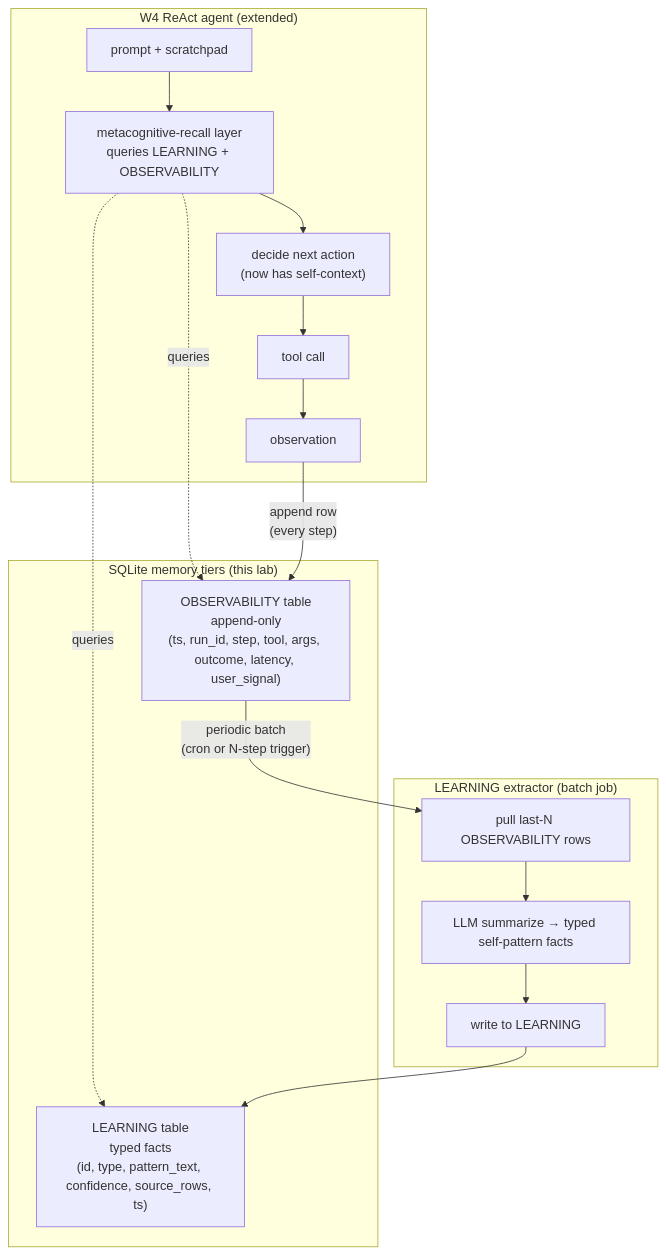
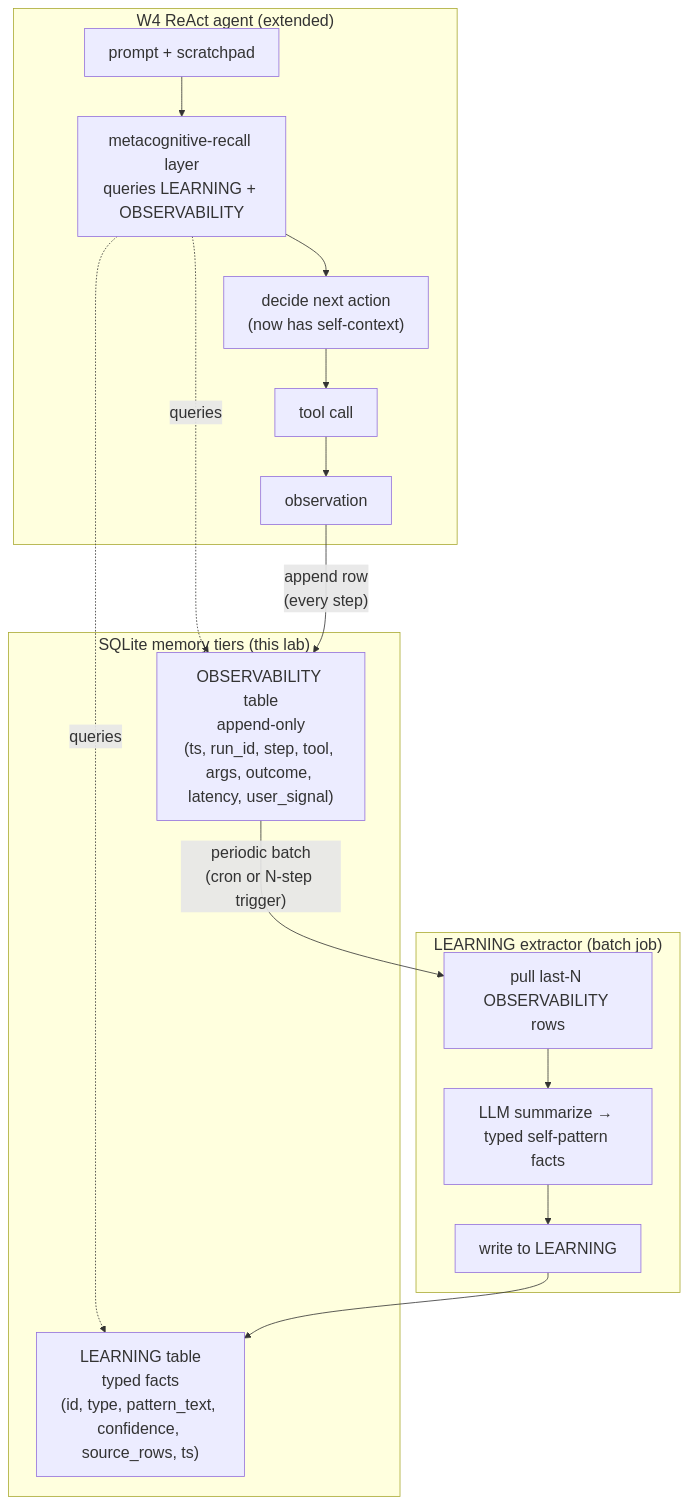
The first of 8 diagrams in Week 3.5.95 - Self-Observability Memory.md (shaneliuyx/agent-development-curriculum), drawn with Mermaid before and after one commit. The commit also changed other lines of this file and 1 other file, not shown here.

````diff
--- a/Week 3.5.95 - Self-Observability Memory.md
+++ b/Week 3.5.95 - Self-Observability Memory.md
@@ -69,34 +70,35 @@
 ```mermaid
+%%{init: {'theme':'default', 'themeVariables': {'fontSize':'20px'}}}%%
 flowchart TB
   subgraph A["W4 ReAct agent (extended)"]
     P["prompt + scratchpad"]
     R["metacognitive-recall layer<br/>queries LEARNING + OBSERVABILITY"]
     D["decide next action<br/>(now has self-context)"]
     T["tool call"]
     O["observation"]
   end
 
   subgraph S["SQLite memory tiers (this lab)"]
     OB["OBSERVABILITY table<br/>append-only<br/>(ts, run_id, step, tool, args, outcome, latency, user_signal)"]
     LE["LEARNING table<br/>typed facts<br/>(id, type, pattern_text, confidence, source_rows, ts)"]
   end
 
   subgraph X["LEARNING extractor (batch job)"]
     B["pull last-N OBSERVABILITY rows"]
     M["LLM summarize → typed self-pattern facts"]
     F["write to LEARNING"]
   end
 
   P --> R
   R -.queries.-> LE
   R -.queries.-> OB
   R --> D
   D --> T
   T --> O
   O -->|"append row<br/>(every step)"| OB
 
   OB -->|"periodic batch<br/>(cron or N-step trigger)"| B
   B --> M
   M --> F
   F --> LE
 ```
````
